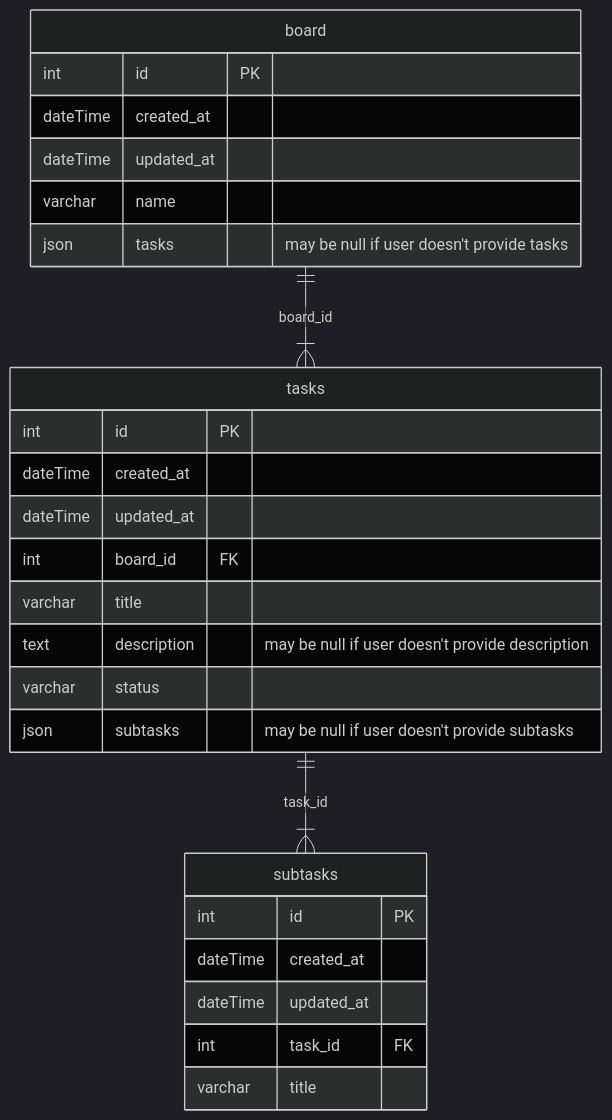
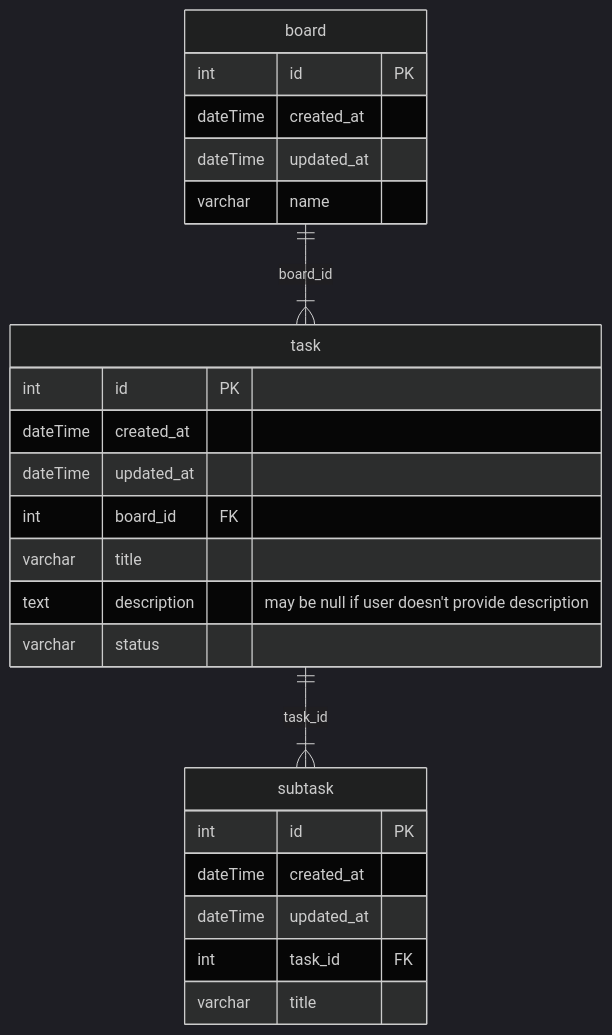
The diagram in README.md (HIMDanny/kanban-task-manager), drawn with Mermaid (dark theme) before and after one commit.

Commit message:
ktm-22: - task and subtask values

````diff
--- a/README.md
+++ b/README.md
@@ -28,30 +28,28 @@
 ```mermaid
 erDiagram
  board {
     int id PK
     dateTime created_at
     dateTime updated_at
     varchar name
-    json tasks "may be null if user doesn't provide tasks"
   }
 
- board ||--|{ tasks : board_id
-  tasks {
+ board ||--|{ task : board_id
+  task {
     int id PK
     dateTime created_at
     dateTime updated_at
     int board_id FK
     varchar title
     text description "may be null if user doesn't provide description"
     varchar status
-    json subtasks "may be null if user doesn't provide subtasks"
   }
-  tasks ||--|{ subtasks : task_id
-  subtasks {
+  task ||--|{ subtask : task_id
+  subtask {
     int id PK
     dateTime created_at
     dateTime updated_at
     int task_id FK
     varchar title
   }
 ```
````
